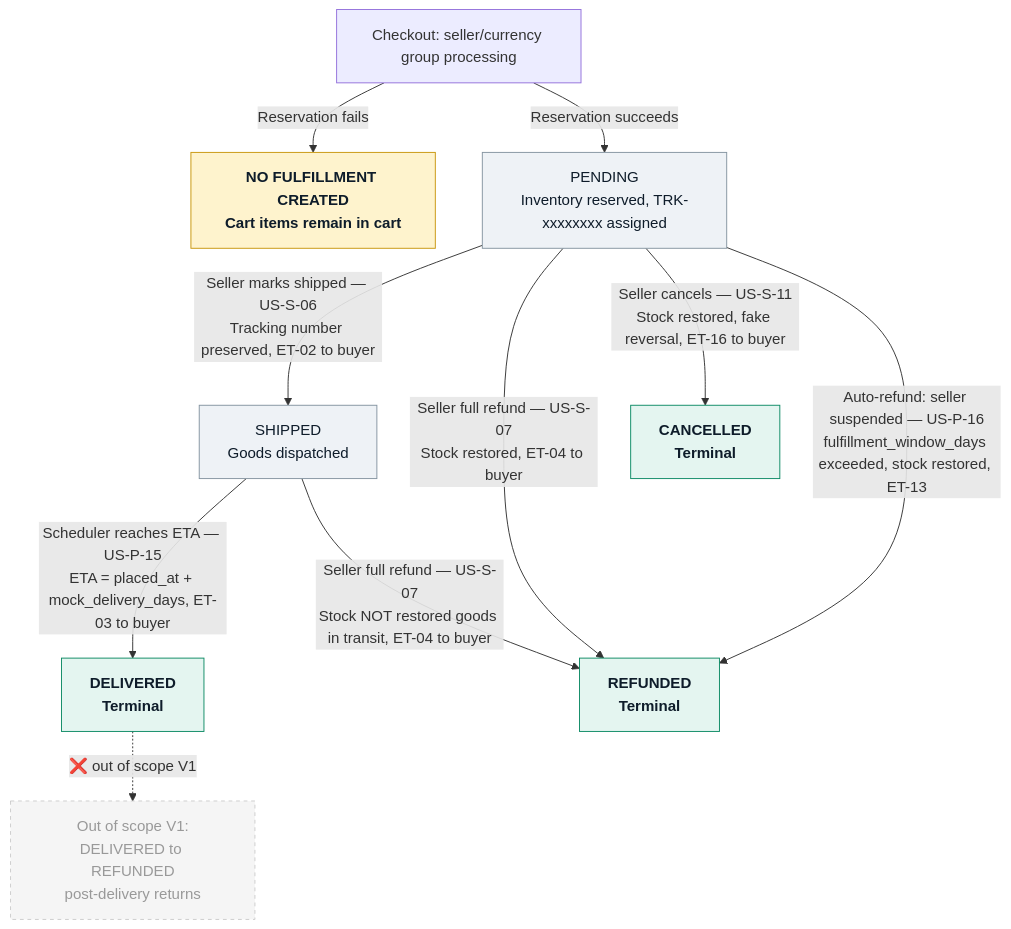
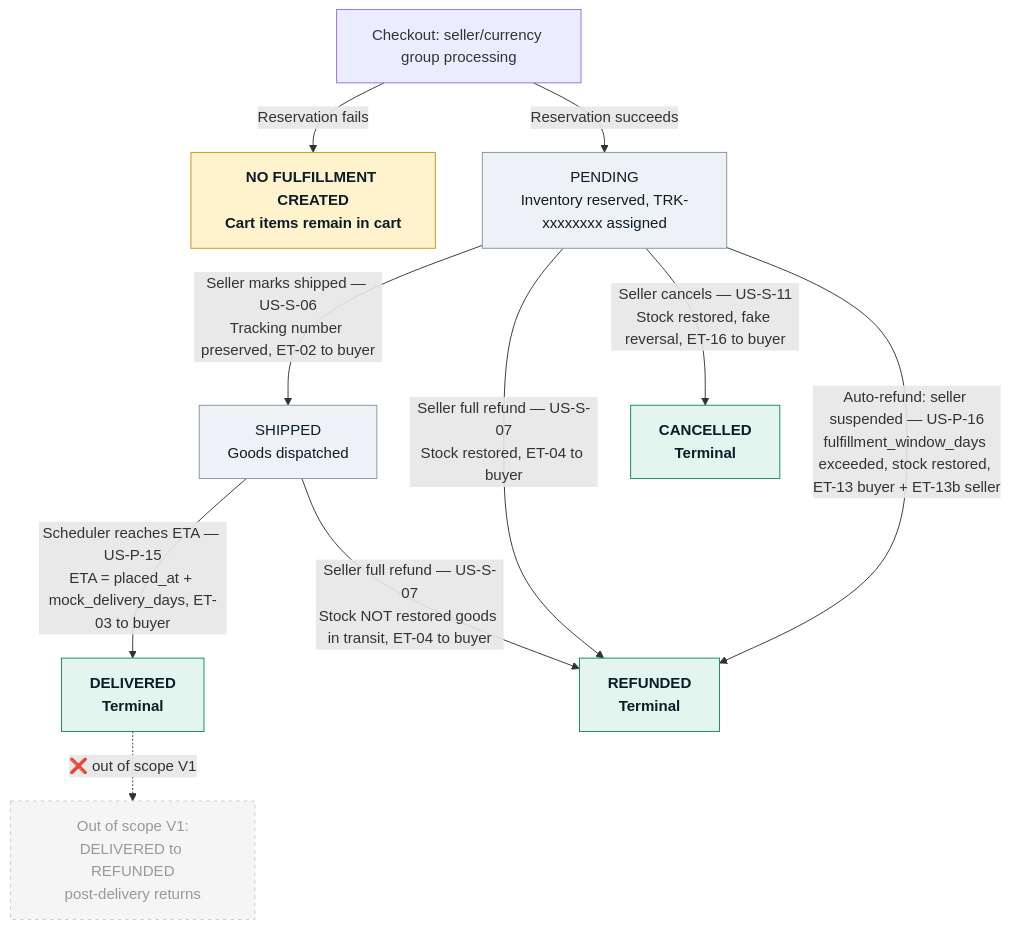
Before and after one commit to alisa-uthi/aliceut-ecom-document: the diagram in phase-1/diagrams/03-fulfillment-lifecycle.md, drawn with Mermaid. The commit also changed 35 other files, not shown here.

````diff
--- a/phase-1/diagrams/03-fulfillment-lifecycle.md
+++ b/phase-1/diagrams/03-fulfillment-lifecycle.md
@@ -17,31 +17,31 @@
 ```mermaid
 graph TD
     CHECKOUT["Checkout: seller/currency group processing"]
     NO_FULFILL["NO FULFILLMENT CREATED\nCart items remain in cart"]
     PENDING["PENDING\nInventory reserved, TRK-xxxxxxxx assigned"]
     SHIPPED["SHIPPED\nGoods dispatched"]
     DELIVERED["DELIVERED\nTerminal"]
     REFUNDED["REFUNDED\nTerminal"]
     CANCELLED["CANCELLED\nTerminal"]
     OOS_NOTE["Out of scope V1:\nDELIVERED to REFUNDED\npost-delivery returns"]
 
     CHECKOUT -->|Reservation fails| NO_FULFILL
     CHECKOUT -->|Reservation succeeds| PENDING
     PENDING -->|Seller marks shipped — US-S-06\nTracking number preserved, ET-02 to buyer| SHIPPED
     SHIPPED -->|Scheduler reaches ETA — US-P-15\nETA = placed_at + mock_delivery_days, ET-03 to buyer| DELIVERED
     PENDING -->|Seller full refund — US-S-07\nStock restored, ET-04 to buyer| REFUNDED
     SHIPPED -->|Seller full refund — US-S-07\nStock NOT restored goods in transit, ET-04 to buyer| REFUNDED
     PENDING -->|Seller cancels — US-S-11\nStock restored, fake reversal, ET-16 to buyer| CANCELLED
-    PENDING -->|Auto-refund: seller suspended — US-P-16\nfulfillment_window_days exceeded, stock restored, ET-13| REFUNDED
+    PENDING -->|Auto-refund: seller suspended — US-P-16\nfulfillment_window_days exceeded, stock restored, ET-13 buyer + ET-13b seller| REFUNDED
     DELIVERED -.->|"❌ out of scope V1"| OOS_NOTE
 
     classDef terminal fill:#E4F5F0,stroke:#0C8A64,color:#0E1C2A,font-weight:600
     classDef active fill:#EEF2F6,stroke:#8494A0,color:#0E1C2A
     classDef warn fill:#FEF3CD,stroke:#C8960C,color:#0E1C2A,font-weight:600
     classDef oos fill:#F5F5F5,stroke:#CCCCCC,color:#999999,stroke-dasharray:4
 
     class DELIVERED,REFUNDED,CANCELLED terminal
     class PENDING,SHIPPED active
     class NO_FULFILL warn
     class OOS_NOTE oos
 ```
````
